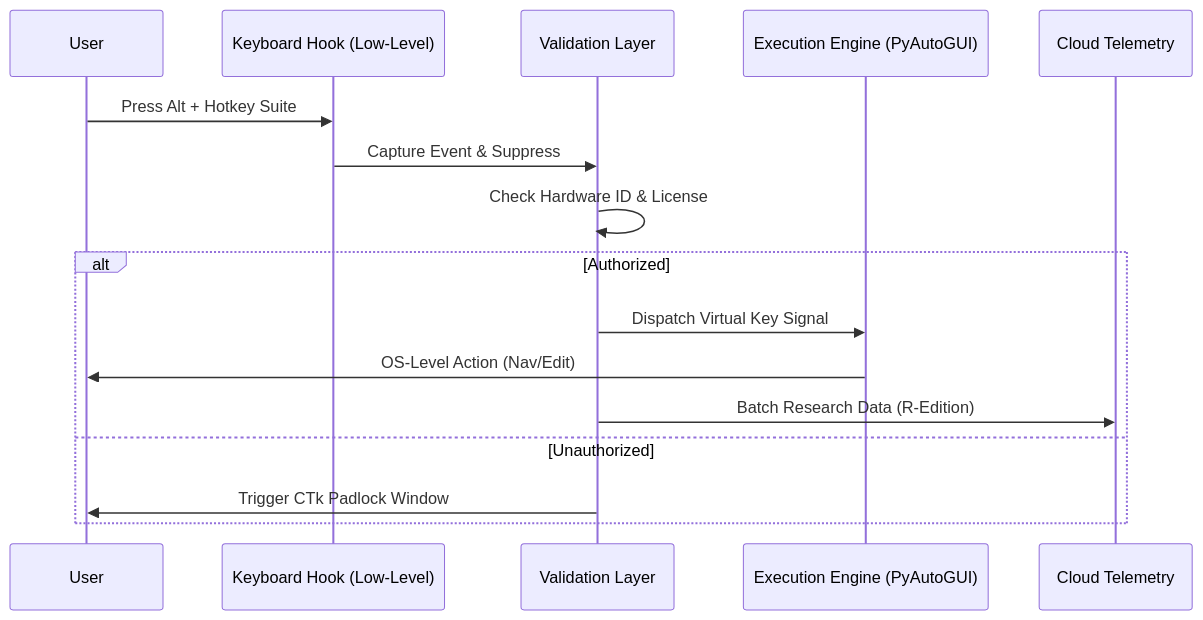
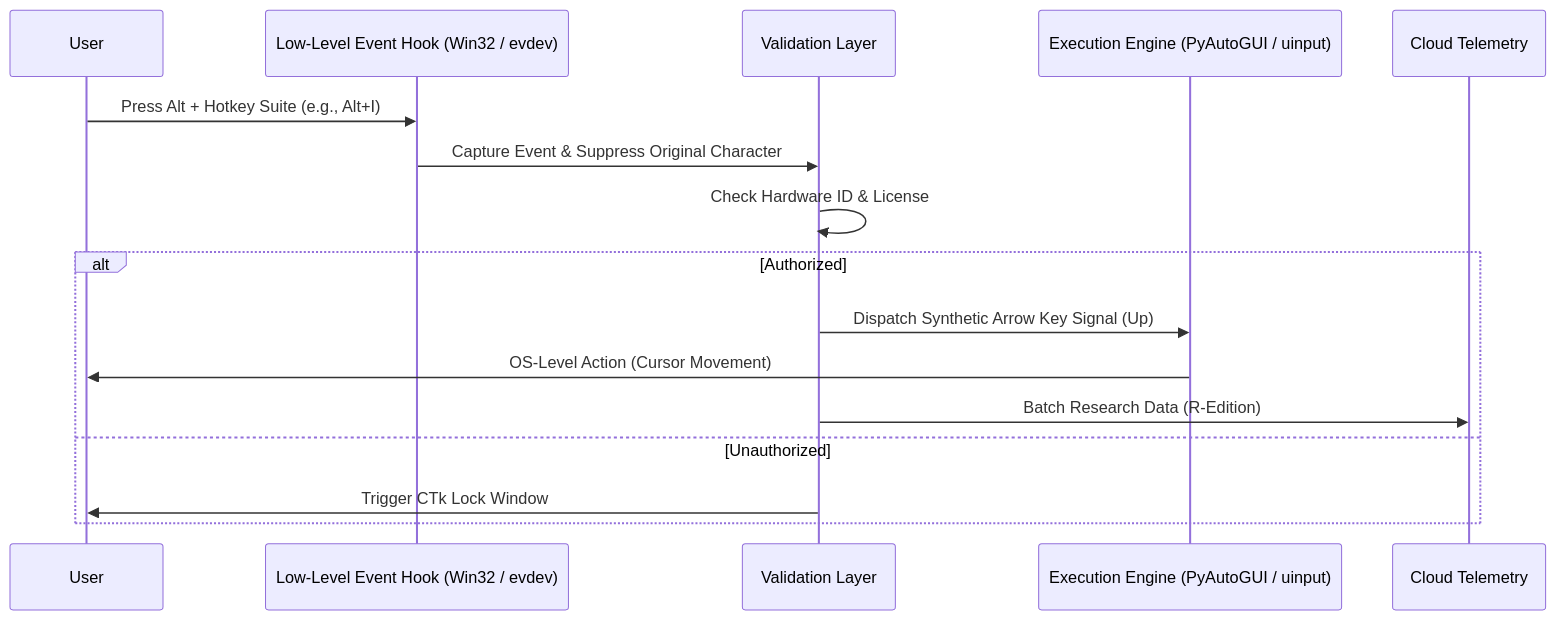
One commit to AhmadHassan-BTed/KodeArrow changed the third of 3 diagrams in README.md. Above: the diagram before and after it, drawn with Mermaid. The commit also changed other lines of this file and 1 other file, not shown here.

````diff
--- a/README.md
+++ b/README.md
@@ -231,19 +260,19 @@
 ```mermaid
 sequenceDiagram
     participant U as User
-    participant H as Keyboard Hook (Low-Level)
+    participant H as Low-Level Event Hook (Win32 / evdev)
     participant V as Validation Layer
-    participant E as Execution Engine (PyAutoGUI)
+    participant E as Execution Engine (PyAutoGUI / uinput)
     participant C as Cloud Telemetry
 
-    U->>H: Press Alt + Hotkey Suite
-    H->>V: Capture Event & Suppress
+    U->>H: Press Alt + Hotkey Suite (e.g., Alt+I)
+    H->>V: Capture Event & Suppress Original Character
     V->>V: Check Hardware ID & License
     alt Authorized
-        V->>E: Dispatch Virtual Key Signal
-        E->>U: OS-Level Action (Nav/Edit)
+        V->>E: Dispatch Synthetic Arrow Key Signal (Up)
+        E->>U: OS-Level Action (Cursor Movement)
         V->>C: Batch Research Data (R-Edition)
     else Unauthorized
-        V->>U: Trigger CTk Padlock Window
+        V->>U: Trigger CTk Lock Window
     end
 ```
````
